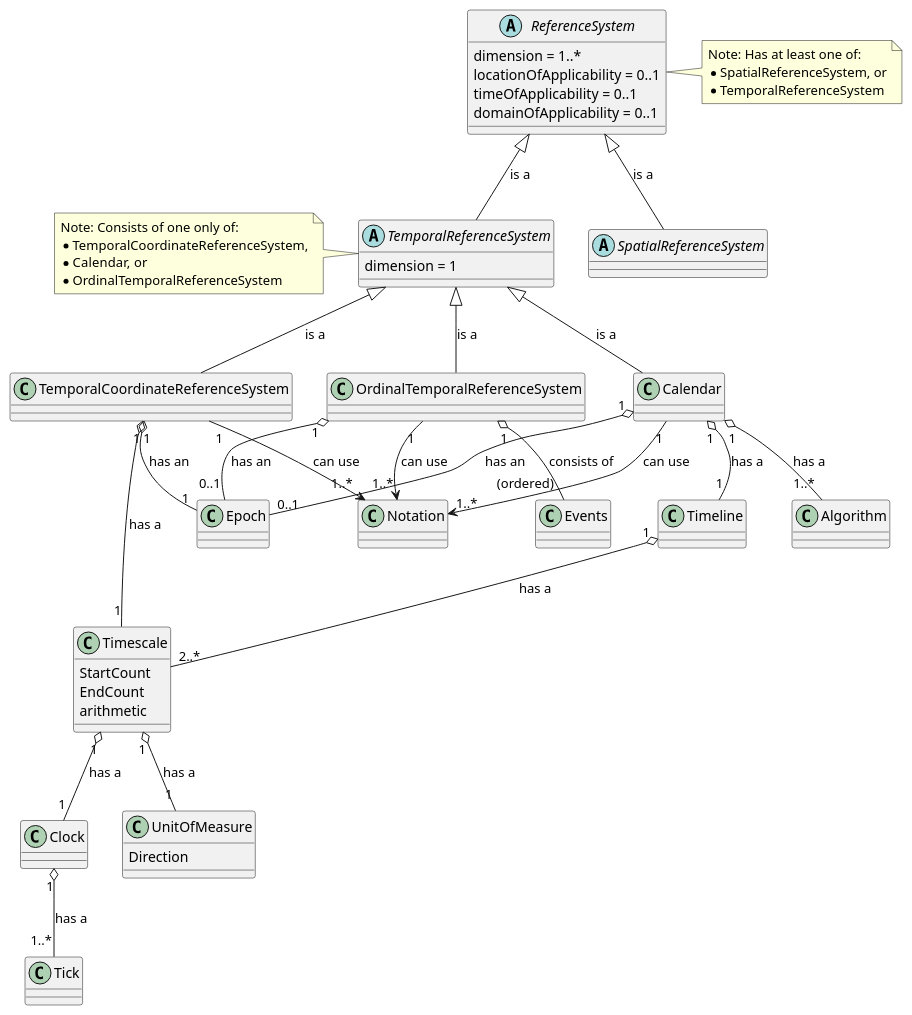
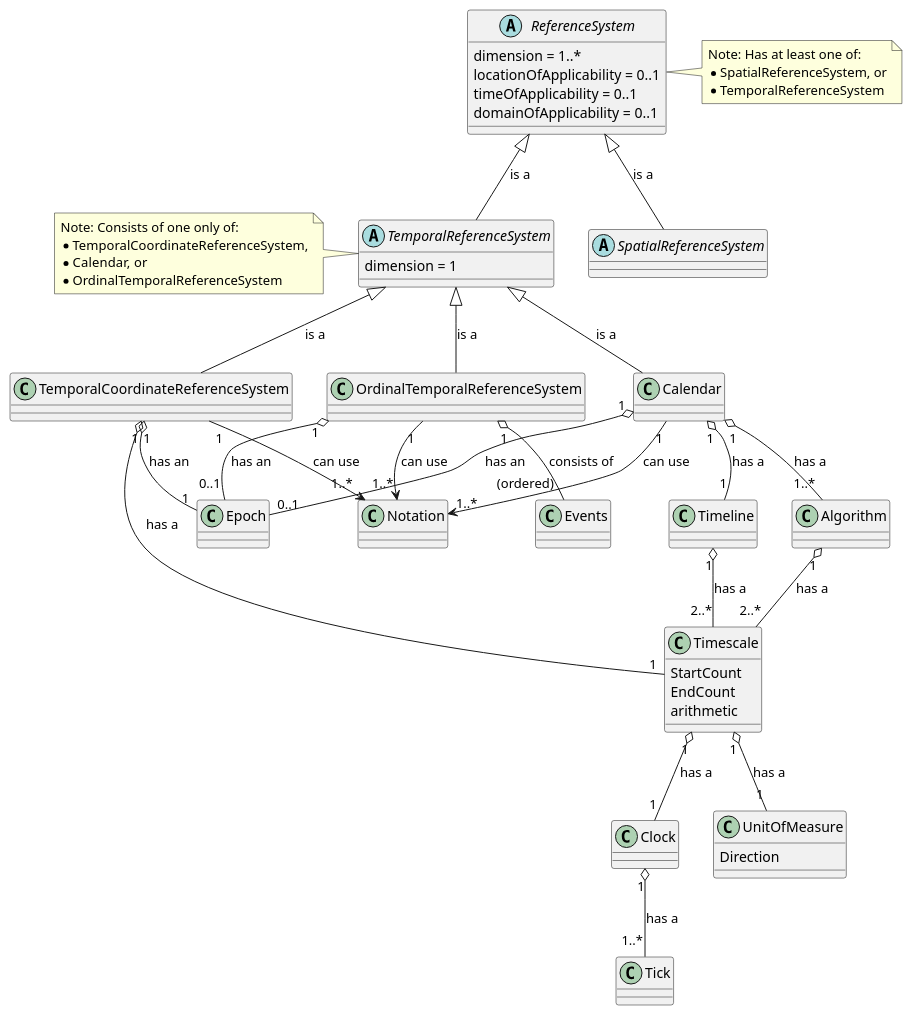
Before and after one commit to opengeospatial/Temporal-Abstract-Spec: the diagram in 23-049/sections/07-cm.adoc, drawn with PlantUML.

Commit message:
Update 07-cm.adoc
tweaked Fig 1 PlantUML

```diff
--- a/23-049/sections/07-cm.adoc
+++ b/23-049/sections/07-cm.adoc
@@ -72,7 +72,6 @@
 Timescale "1" o-- "1" Clock : has a
 Timescale "1" o-- "1" UnitOfMeasure : has a
 
-
 class Clock {
 }
 Clock "1" o-- "1..*" Tick : has a
@@ -83,9 +82,12 @@
   Direction
 }
 
+class Algorithm {
+} 
+Algorithm "1" o-- "2..*" Timescale : has a
+
 class Timeline {
 }
-
 Timeline "1" o-- "2..*" Timescale : has a
 @enduml
 
```
